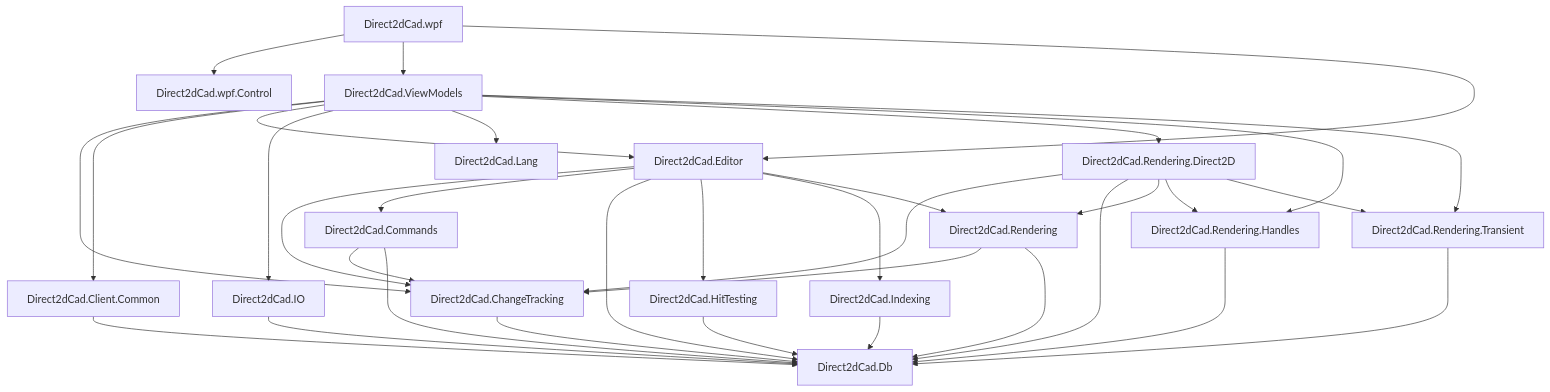
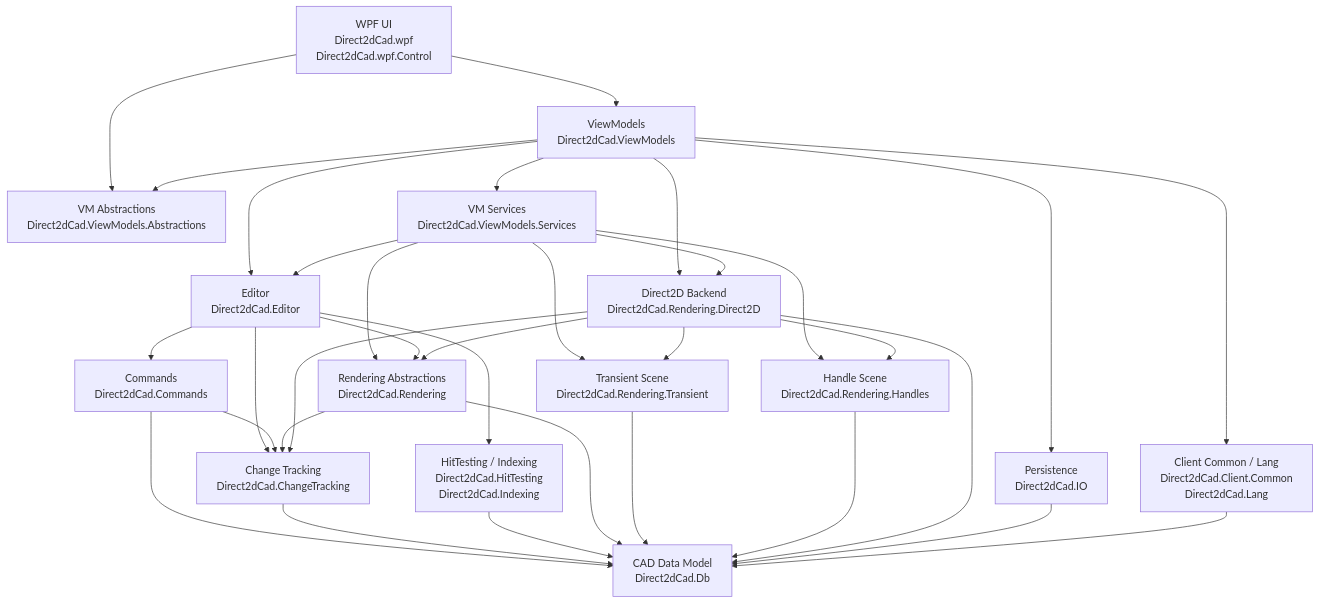
Before and after one commit to yoi102/Direct2dCad: the diagram in README.md, drawn with Mermaid. The commit also changed other lines of this file and 8 other files, not shown here.

````diff
--- a/README.md
+++ b/README.md
@@ -73,58 +40,51 @@
 ```mermaid
 flowchart TD
-    WPF["Direct2dCad.wpf"]
-    WpfControl["Direct2dCad.wpf.Control"]
-    VM["Direct2dCad.ViewModels"]
-    ClientCommon["Direct2dCad.Client.Common"]
-    Lang["Direct2dCad.Lang"]
-    Editor["Direct2dCad.Editor"]
-    Commands["Direct2dCad.Commands"]
-    ChangeTracking["Direct2dCad.ChangeTracking"]
-    Db["Direct2dCad.Db"]
-    IO["Direct2dCad.IO"]
-    Rendering["Direct2dCad.Rendering"]
-    Transient["Direct2dCad.Rendering.Transient"]
-    Handles["Direct2dCad.Rendering.Handles"]
-    Direct2D["Direct2dCad.Rendering.Direct2D"]
-    HitTesting["Direct2dCad.HitTesting"]
-    Indexing["Direct2dCad.Indexing"]
+    UI["WPF UI<br/>Direct2dCad.wpf<br/>Direct2dCad.wpf.Control"]
+    VMAbs["VM Abstractions<br/>Direct2dCad.ViewModels.Abstractions"]
+    VMServices["VM Services<br/>Direct2dCad.ViewModels.Services"]
+    VM["ViewModels<br/>Direct2dCad.ViewModels"]
+    Client["Client Common / Lang<br/>Direct2dCad.Client.Common<br/>Direct2dCad.Lang"]
+    Editor["Editor<br/>Direct2dCad.Editor"]
+    Commands["Commands<br/>Direct2dCad.Commands"]
+    ChangeTracking["Change Tracking<br/>Direct2dCad.ChangeTracking"]
+    Db["CAD Data Model<br/>Direct2dCad.Db"]
+    Query["HitTesting / Indexing<br/>Direct2dCad.HitTesting<br/>Direct2dCad.Indexing"]
+    Rendering["Rendering Abstractions<br/>Direct2dCad.Rendering"]
+    Transient["Transient Scene<br/>Direct2dCad.Rendering.Transient"]
+    Handles["Handle Scene<br/>Direct2dCad.Rendering.Handles"]
+    Direct2D["Direct2D Backend<br/>Direct2dCad.Rendering.Direct2D"]
+    IO["Persistence<br/>Direct2dCad.IO"]
 
-    WPF --> WpfControl
-    WPF --> VM
-    WPF --> Editor
-
-    VM --> ChangeTracking
-    VM --> ClientCommon
+    UI --> VM
+    UI --> VMAbs
+    VM --> VMAbs
+    VM --> VMServices
+    VM --> Client
     VM --> Editor
     VM --> IO
-    VM --> Lang
     VM --> Direct2D
-    VM --> Handles
-    VM --> Transient
-
+    VMServices --> Editor
+    VMServices --> Rendering
+    VMServices --> Direct2D
+    VMServices --> Handles
+    VMServices --> Transient
+    Editor --> Commands
     Editor --> ChangeTracking
-    Editor --> Commands
-    Editor --> Db
-    Editor --> HitTesting
-    Editor --> Indexing
+    Editor --> Query
     Editor --> Rendering
-
     Commands --> ChangeTracking
     Commands --> Db
-
     ChangeTracking --> Db
-    ClientCommon --> Db
-    IO --> Db
-    HitTesting --> Db
-    Indexing --> Db
+    Query --> Db
     Rendering --> ChangeTracking
     Rendering --> Db
     Transient --> Db
     Handles --> Db
-
-    Direct2D --> ChangeTracking
-    Direct2D --> Db
     Direct2D --> Rendering
     Direct2D --> Handles
     Direct2D --> Transient
+    Direct2D --> ChangeTracking
+    Direct2D --> Db
+    IO --> Db
+    Client --> Db
 ```
````
